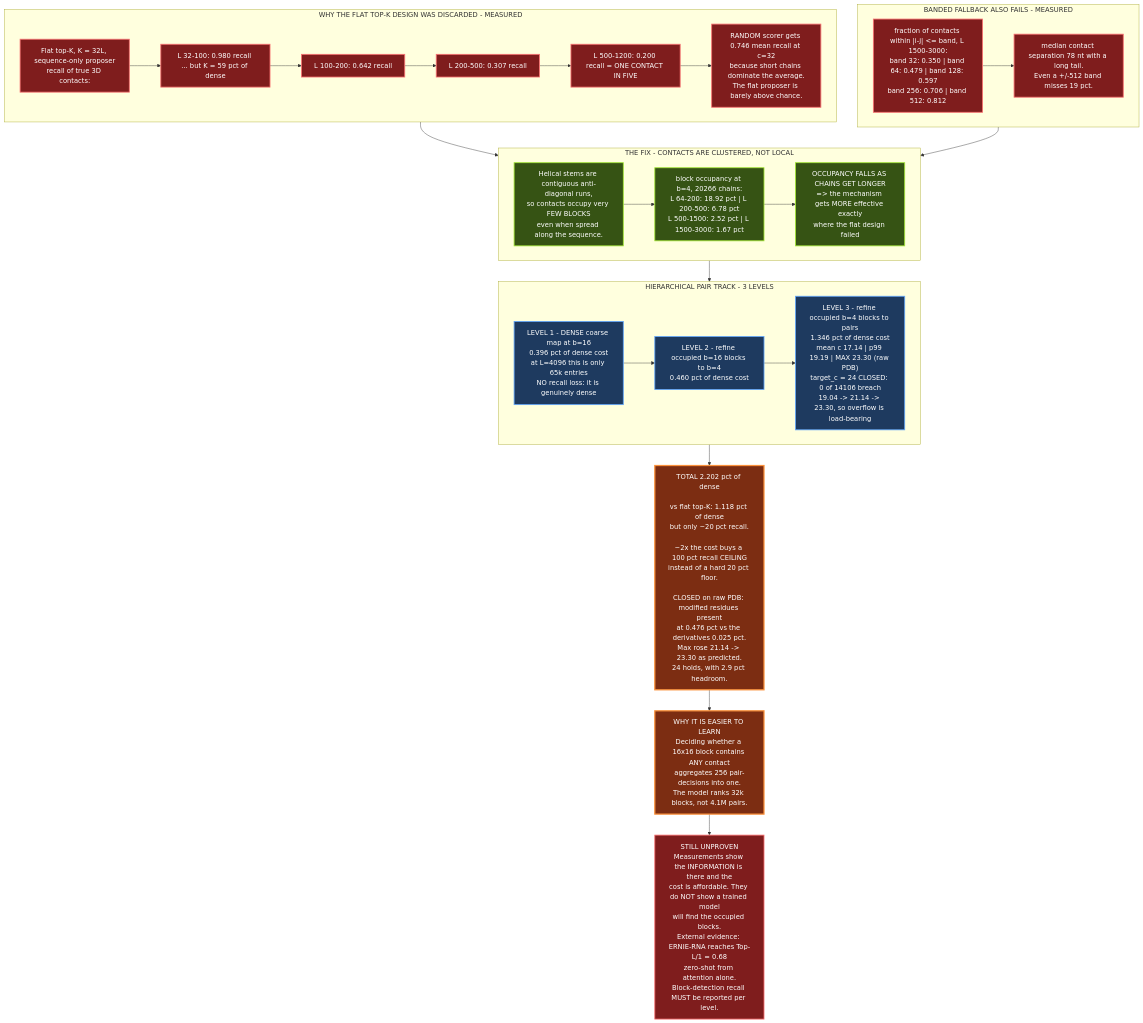
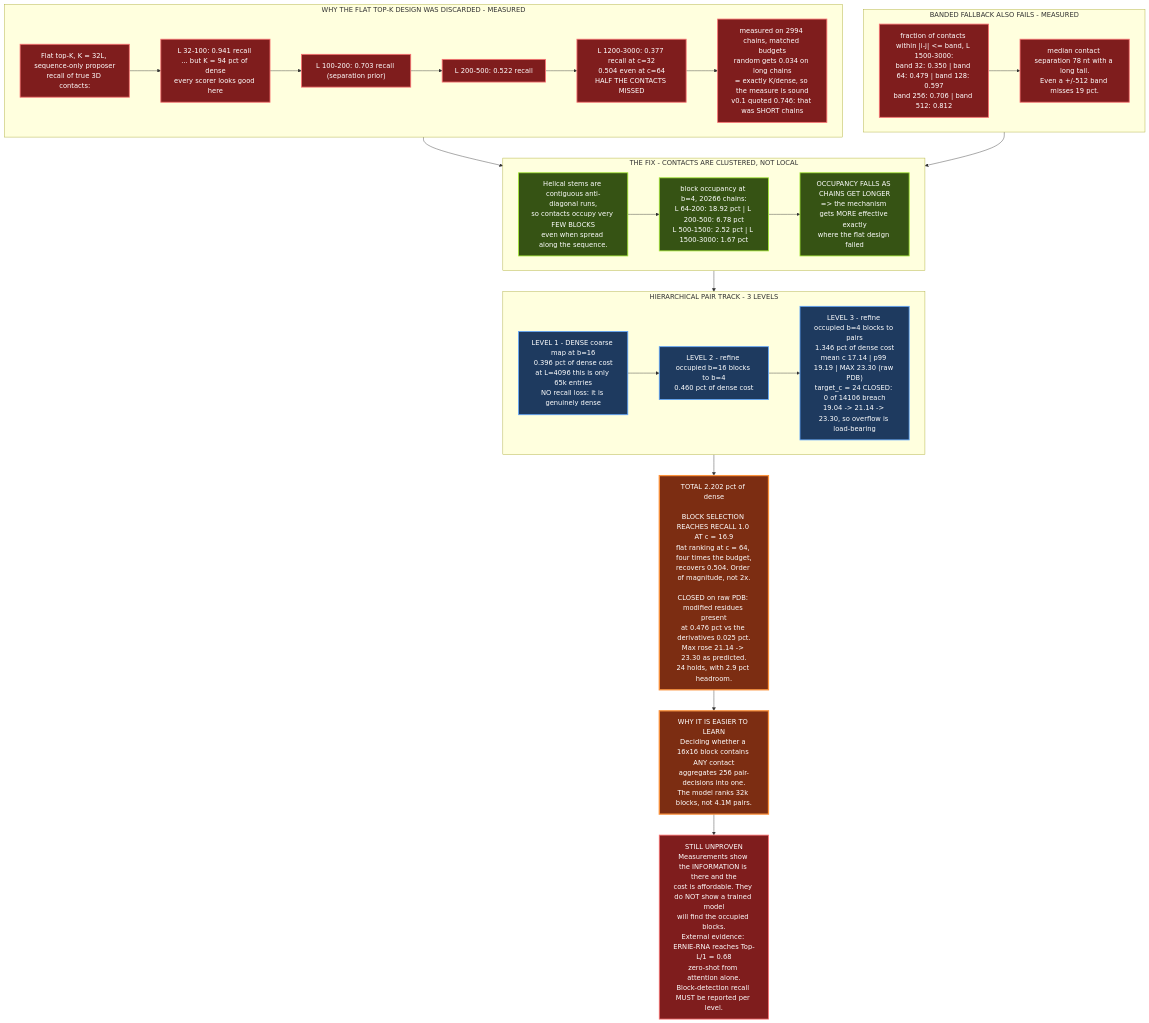
The diagram in research/architecture/diagrams/04-hierarchical-pair-track.mmd (E-Motioner-X-SBS/sbs-rna), drawn with Mermaid before and after one commit. The commit also changed 9 other files, not shown here.

First line of the commit message:
Close open action 6: re-derive S7.1 on 2,994 chains; the case is an order of magnitude

```diff
--- a/research/architecture/diagrams/04-hierarchical-pair-track.mmd
+++ b/research/architecture/diagrams/04-hierarchical-pair-track.mmd
@@ -1,53 +1,53 @@
 graph TB
     subgraph FAIL["WHY THE FLAT TOP-K DESIGN WAS DISCARDED - MEASURED"]
         F1["Flat top-K, K = 32L, sequence-only proposer<br/>recall of true 3D contacts:"]
-        F2["L 32-100: 0.980 recall ... but K = 59 pct of dense"]
-        F3["L 100-200: 0.642 recall"]
-        F4["L 200-500: 0.307 recall"]
-        F5["L 500-1200: 0.200 recall = ONE CONTACT IN FIVE"]
-        F6["RANDOM scorer gets 0.746 mean recall at c=32<br/>because short chains dominate the average.<br/>The flat proposer is barely above chance."]
+        F2["L 32-100: 0.941 recall ... but K = 94 pct of dense<br/>every scorer looks good here"]
+        F3["L 100-200: 0.703 recall (separation prior)"]
+        F4["L 200-500: 0.522 recall"]
+        F5["L 1200-3000: 0.377 recall at c=32<br/>0.504 even at c=64<br/>HALF THE CONTACTS MISSED"]
+        F6["measured on 2994 chains, matched budgets<br/>random gets 0.034 on long chains<br/>= exactly K/dense, so the measure is sound<br/>v0.1 quoted 0.746: that was SHORT chains"]
         F1 --> F2 --> F3 --> F4 --> F5 --> F6
     end
 
     subgraph BAND["BANDED FALLBACK ALSO FAILS - MEASURED"]
         B1["fraction of contacts within |i-j| <= band, L 1500-3000:<br/>band 32: 0.350 | band 64: 0.479 | band 128: 0.597<br/>band 256: 0.706 | band 512: 0.812"]
         B2["median contact separation 78 nt with a long tail.<br/>Even a +/-512 band misses 19 pct."]
         B1 --> B2
     end
 
     subgraph FIX["THE FIX - CONTACTS ARE CLUSTERED, NOT LOCAL"]
         C1["Helical stems are contiguous anti-diagonal runs,<br/>so contacts occupy very FEW BLOCKS<br/>even when spread along the sequence."]
         C2["block occupancy at b=4, 20266 chains:<br/>L 64-200: 18.92 pct | L 200-500: 6.78 pct<br/>L 500-1500: 2.52 pct | L 1500-3000: 1.67 pct"]
         C3["OCCUPANCY FALLS AS CHAINS GET LONGER<br/>=> the mechanism gets MORE effective exactly<br/>where the flat design failed"]
         C1 --> C2 --> C3
     end
 
     subgraph HPT["HIERARCHICAL PAIR TRACK - 3 LEVELS"]
         L1["LEVEL 1 - DENSE coarse map at b=16<br/>0.396 pct of dense cost<br/>at L=4096 this is only 65k entries<br/>NO recall loss: it is genuinely dense"]
         L2["LEVEL 2 - refine occupied b=16 blocks to b=4<br/>0.460 pct of dense cost"]
         L3["LEVEL 3 - refine occupied b=4 blocks to pairs<br/>1.346 pct of dense cost<br/>mean c 17.14 | p99 19.19 | MAX 23.30 (raw PDB)<br/>target_c = 24 CLOSED: 0 of 14106 breach<br/>19.04 -&gt; 21.14 -&gt; 23.30, so overflow is load-bearing"]
         L1 --> L2 --> L3
     end
 
-    TOTAL["TOTAL 2.202 pct of dense<br/><br/>vs flat top-K: 1.118 pct of dense<br/>but only ~20 pct recall.<br/><br/>~2x the cost buys a 100 pct recall CEILING<br/>instead of a hard 20 pct floor.<br/><br/>CLOSED on raw PDB: modified residues present<br/>at 0.476 pct vs the derivatives 0.025 pct.<br/>Max rose 21.14 -&gt; 23.30 as predicted.<br/>24 holds, with 2.9 pct headroom."]
+    TOTAL["TOTAL 2.202 pct of dense<br/><br/>BLOCK SELECTION REACHES RECALL 1.0 AT c = 16.9<br/>flat ranking at c = 64, four times the budget,<br/>recovers 0.504. Order of magnitude, not 2x.<br/><br/>CLOSED on raw PDB: modified residues present<br/>at 0.476 pct vs the derivatives 0.025 pct.<br/>Max rose 21.14 -&gt; 23.30 as predicted.<br/>24 holds, with 2.9 pct headroom."]
 
     EASY["WHY IT IS EASIER TO LEARN<br/>Deciding whether a 16x16 block contains ANY contact<br/>aggregates 256 pair-decisions into one.<br/>The model ranks 32k blocks, not 4.1M pairs."]
 
     OPEN["STILL UNPROVEN<br/>Measurements show the INFORMATION is there and the<br/>cost is affordable. They do NOT show a trained model<br/>will find the occupied blocks.<br/>External evidence: ERNIE-RNA reaches Top-L/1 = 0.68<br/>zero-shot from attention alone.<br/>Block-detection recall MUST be reported per level."]
 
     FAIL --> FIX
     BAND --> FIX
     FIX --> HPT
     HPT --> TOTAL
     TOTAL --> EASY
     EASY --> OPEN
 
     classDef bad fill:#7f1d1d,stroke:#f87171,stroke-width:2px,color:#fff
     classDef meas fill:#365314,stroke:#a3e635,stroke-width:2px,color:#fff
     classDef step fill:#1e3a5f,stroke:#60a5fa,stroke-width:2px,color:#fff
     classDef win fill:#7c2d12,stroke:#fb923c,stroke-width:3px,color:#fff
     class F1,F2,F3,F4,F5,F6,B1,B2 bad
     class C1,C2,C3 meas
     class L1,L2,L3 step
     class TOTAL,EASY win
     class OPEN bad
```
